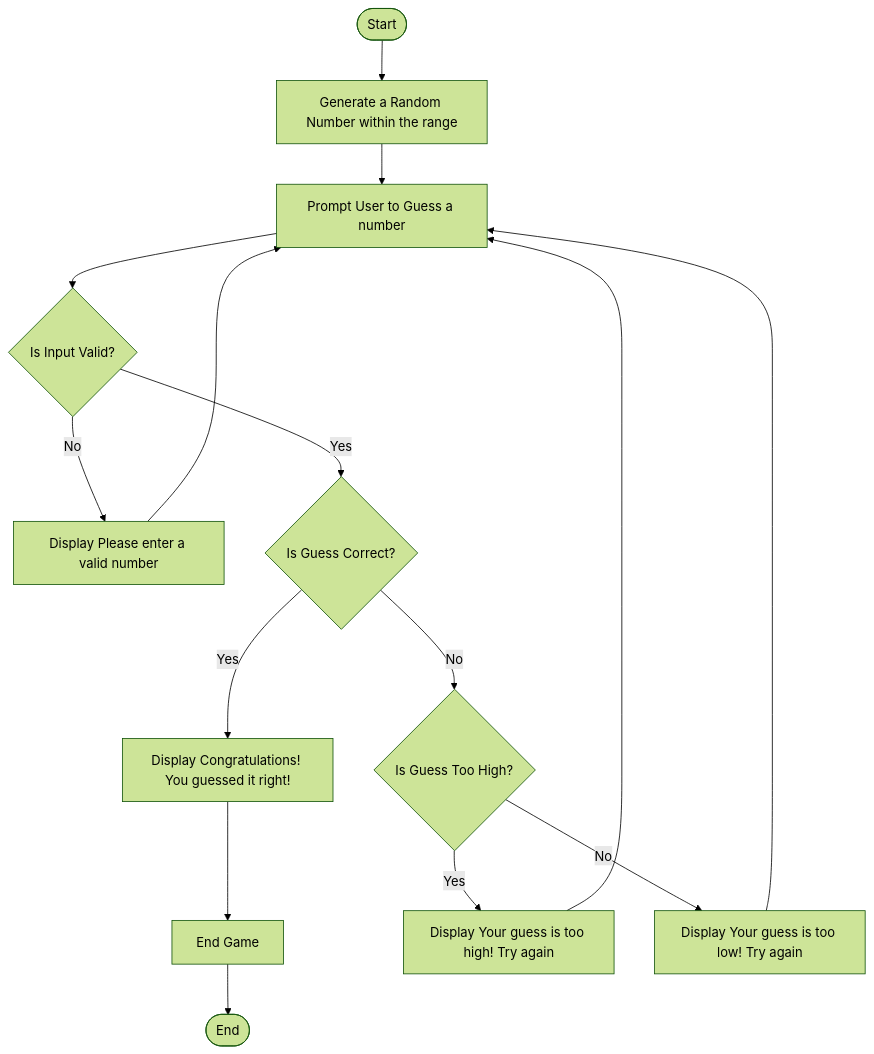
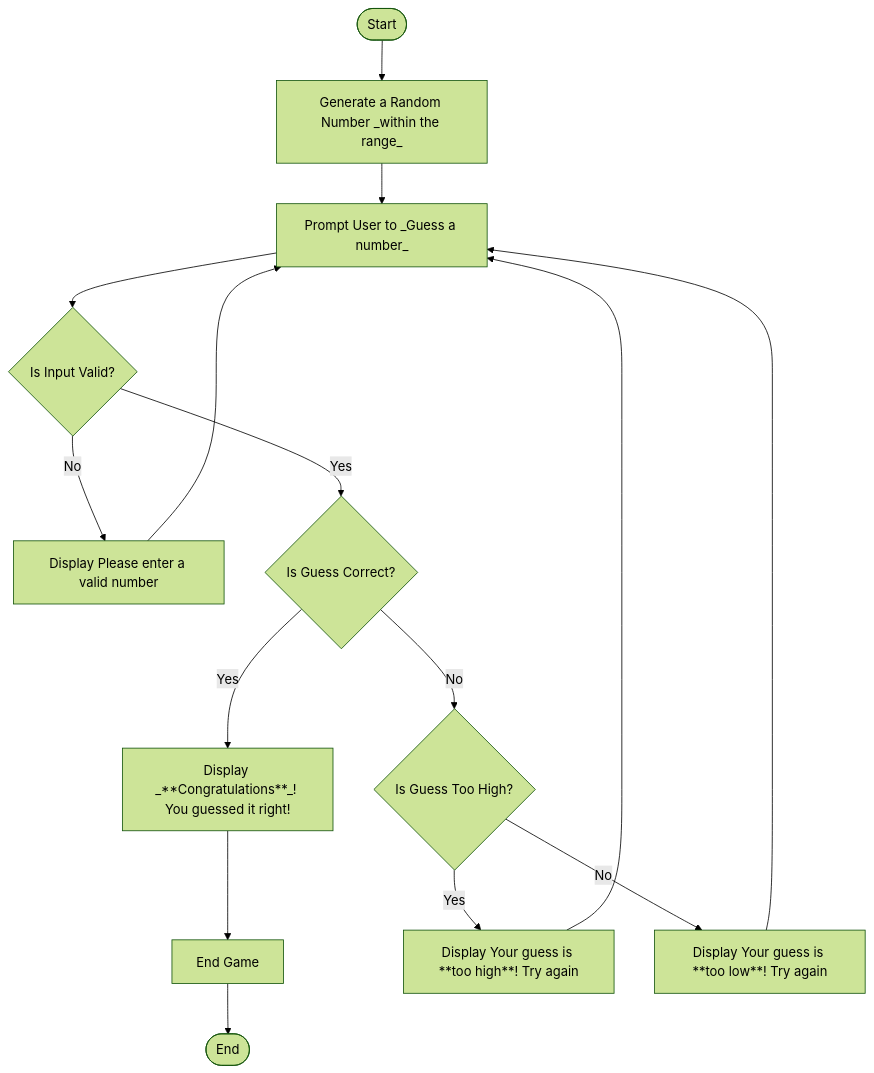
The diagram in Guessing.md (bkummeta/bkummeta.github.io), drawn with Mermaid (forest theme) before and after one commit.

Commit message:
Updated "Guessing" Scenario

````diff
--- a/Guessing.md
+++ b/Guessing.md
@@ -2,17 +2,17 @@
 ```mermaid
 flowchart TD
-    Start([Start]) --> A[Generate a Random Number within the range]
-    A --> B[Prompt User to Guess a number]
+    Start([Start]) --> A[Generate a Random Number _within the range_]
+    A --> B[Prompt User to _Guess a number_]
     B --> C{Is Input Valid?}
     C -- No --> D[Display Please enter a valid number]
     D --> B
     C -- Yes --> E{Is Guess Correct?}
-    E -- Yes --> F[Display Congratulations! You guessed it right!]
+    E -- Yes --> F[Display _**Congratulations**_! You guessed it right!]
     F --> G[End Game]
     E -- No --> H{Is Guess Too High?}
-    H -- Yes --> I[Display Your guess is too high! Try again]
+    H -- Yes --> I[Display Your guess is **too high**! Try again]
     I --> B
-    H -- No --> J[Display Your guess is too low! Try again]
+    H -- No --> J[Display Your guess is **too low**! Try again]
     J --> B
     G --> End([End])
 ```
````
